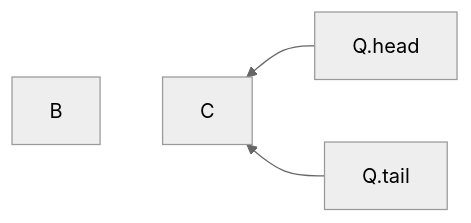
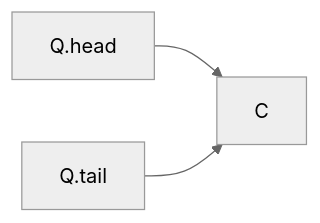
One commit to Eurydia/notes-singularity changed diagram 13 of 15 in Computer science/Data structures/Queue.md. Above: the diagram before and after it, drawn with Mermaid (neutral theme). The commit also changed other lines of this file and 4 other files, not shown here.

````diff
--- a/Computer science/Data structures/Queue.md
+++ b/Computer science/Data structures/Queue.md
@@ -123,6 +123,4 @@
 	```mermaid
-	flowchart RL
-		Q.head-->C
-		Q.tail-->C
-		C~~~B
+	flowchart LR
+		Q.head & Q.tail -->C
 	```
````
